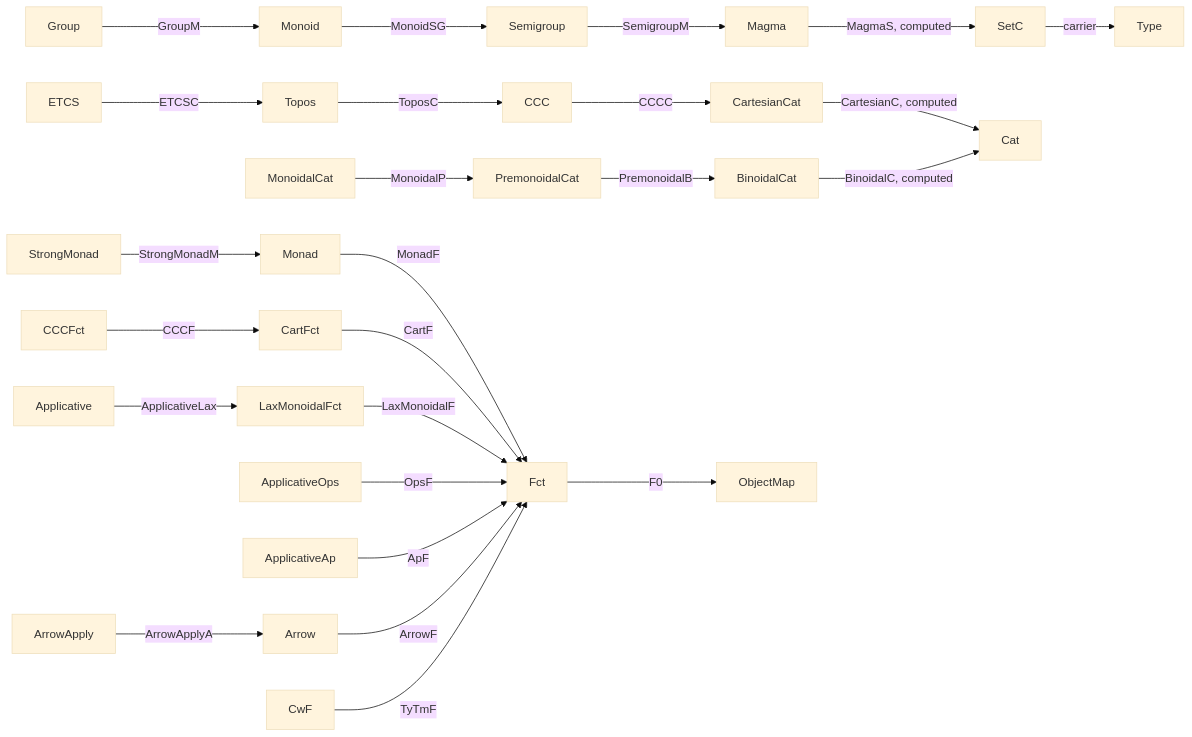
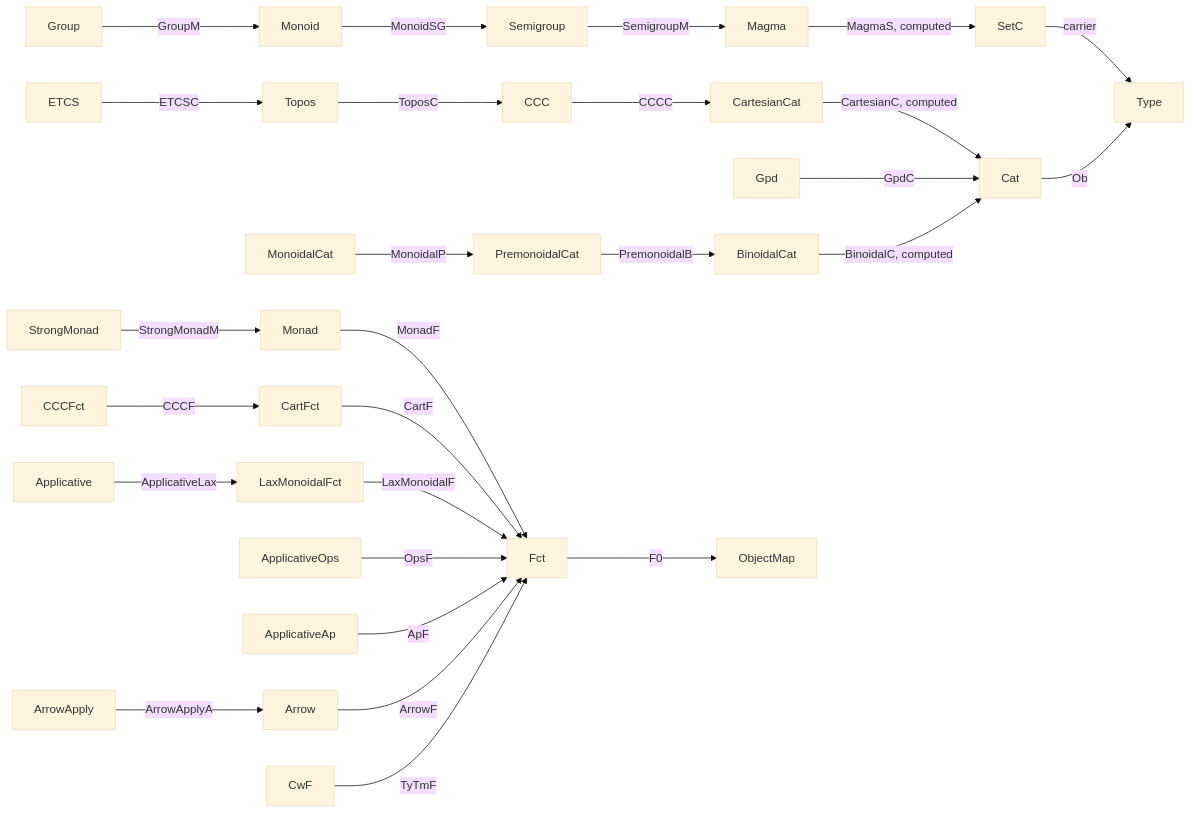
Before and after one commit to Godalin/rocq-cats: the diagram in docs/BundledInterfaces.md, drawn with Mermaid (base theme). The commit also changed other lines of this file and 15 other files, not shown here.

````diff
--- a/docs/BundledInterfaces.md
+++ b/docs/BundledInterfaces.md
@@ -693,27 +785,29 @@
 ```mermaid
 flowchart LR
   Group -->|GroupM| Monoid
   Monoid -->|MonoidSG| Semigroup
   Semigroup -->|SemigroupM| Magma
   Magma -->|MagmaS, computed| SetC
   SetC -->|carrier| Type
   ETCS -->|ETCSC| Topos
   Topos -->|ToposC| CCC
   CCC -->|CCCC| CartesianCat
   CartesianCat -->|CartesianC, computed| Cat
+  Gpd -->|GpdC| Cat
+  Cat -->|Ob| Type
   MonoidalCat -->|MonoidalP| PremonoidalCat
   PremonoidalCat -->|PremonoidalB| BinoidalCat
   BinoidalCat -->|BinoidalC, computed| Cat
   StrongMonad -->|StrongMonadM| Monad
   Monad -->|MonadF| Fct
   CCCFct -->|CCCF| CartFct
   CartFct -->|CartF| Fct
   Applicative -->|ApplicativeLax| LaxMonoidalFct
   LaxMonoidalFct -->|LaxMonoidalF| Fct
   ApplicativeOps -->|OpsF| Fct
   ApplicativeAp -->|ApF| Fct
   ArrowApply -->|ArrowApplyA| Arrow
   Arrow -->|ArrowF| Fct
   CwF -->|TyTmF| Fct
   Fct -->|F0| ObjectMap
 ```
````
